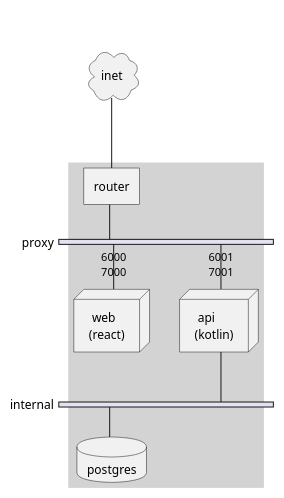
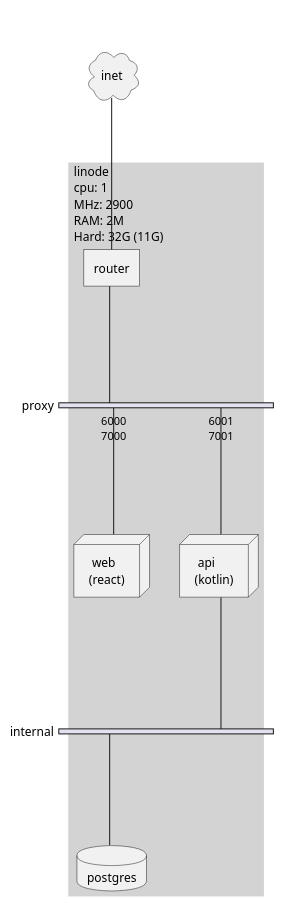
The diagram in doc/network.puml (kwr760/royhome-web), drawn with PlantUML before and after one commit. The commit also changed 13 other files, not shown here.

```diff
--- a/doc/network.puml
+++ b/doc/network.puml
@@ -1,23 +1,26 @@
 @startuml
+'https://plantuml.com/nwdiag'
+
 nwdiag {
-  group {
+  group df {
+    description = "linode\ncpu: 1\nMHz: 2900\nRAM: 2M\nHard: 32G (11G)"
     color = "lightgrey"
     router;
     web;
     api;
     db;
   }
   inet [shape = cloud];
   inet -- router;
 
   network proxy {
     web [address = "6000, 7000", shape = node, description = " web\n(react)"];
     router;
     api [address = "6001, 7001", shape = node, description = " api\n(kotlin)"];
   }
   network internal {
     api;
     db [shape = database, description = "postgres"];
   }
 }
 @enduml
```
